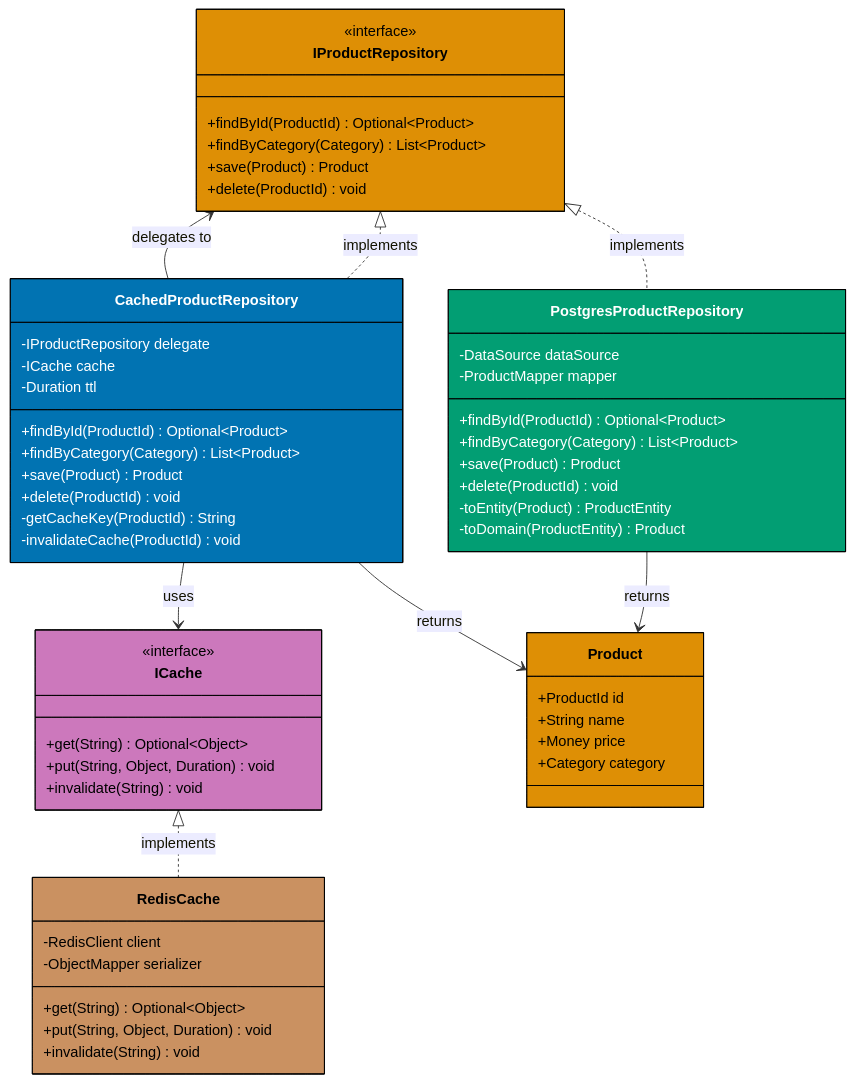
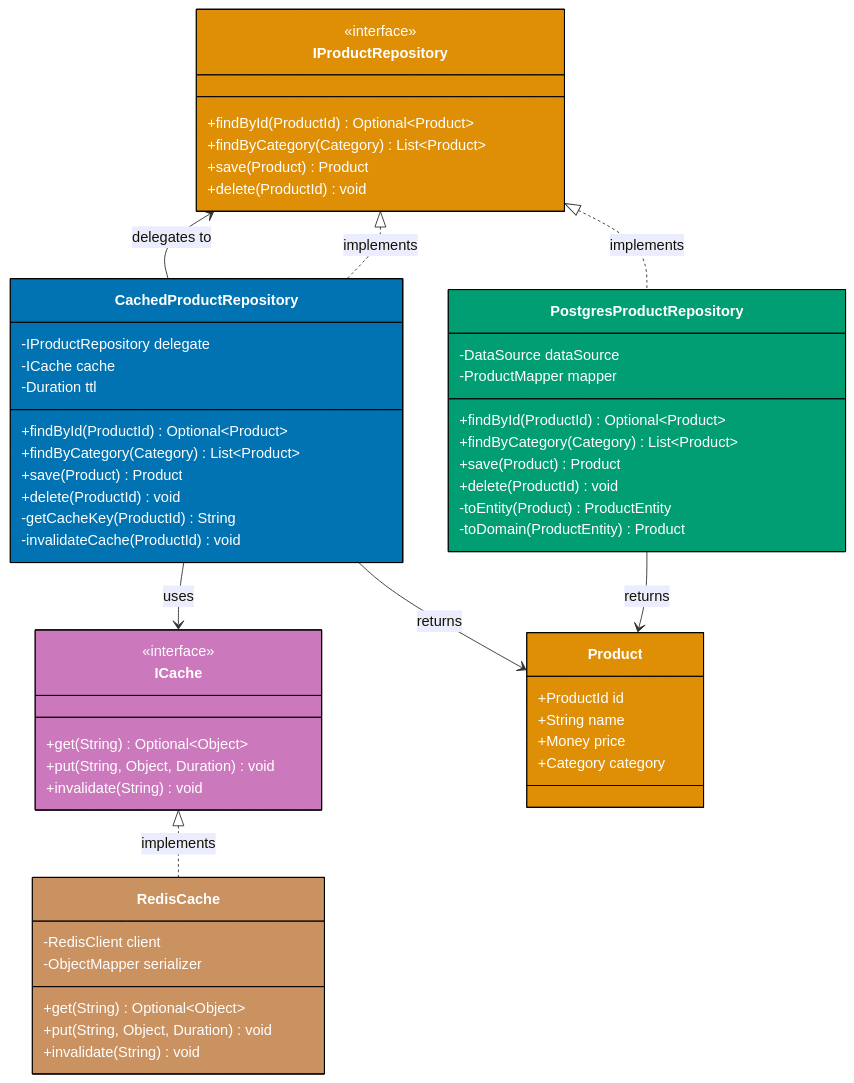
Before and after one commit to wahidyankf/open-sharia-enterprise: the third of 24 diagrams in apps/ayokoding-web/content/en/learn/software-engineering/architecture/c4-architecture-model/by-example/advanced.md, drawn with Mermaid. The commit also changed other lines of this file and 61 other files, not shown here.

First line of the commit message:
fix(ayokoding-web): quote Mermaid node labels with special characters in Example 63

````diff
--- a/apps/ayokoding-web/content/en/learn/software-engineering/architecture/c4-architecture-model/by-example/advanced.md
+++ b/apps/ayokoding-web/content/en/learn/software-engineering/architecture/c4-architecture-model/by-example/advanced.md
@@ -174,70 +174,70 @@
 ```mermaid
 classDiagram
     class IProductRepository {
         <<interface>>
         +findById(ProductId) Optional~Product~
         +findByCategory(Category) List~Product~
         +save(Product) Product
         +delete(ProductId) void
     }
 
     class CachedProductRepository {
         -IProductRepository delegate
         -ICache cache
         -Duration ttl
         +findById(ProductId) Optional~Product~
         +findByCategory(Category) List~Product~
         +save(Product) Product
         +delete(ProductId) void
         -getCacheKey(ProductId) String
         -invalidateCache(ProductId) void
     }
 
     class PostgresProductRepository {
         -DataSource dataSource
         -ProductMapper mapper
         +findById(ProductId) Optional~Product~
         +findByCategory(Category) List~Product~
         +save(Product) Product
         +delete(ProductId) void
         -toEntity(Product) ProductEntity
         -toDomain(ProductEntity) Product
     }
 
     class ICache {
         <<interface>>
         +get(String) Optional~Object~
         +put(String, Object, Duration) void
         +invalidate(String) void
     }
 
     class RedisCache {
         -RedisClient client
         -ObjectMapper serializer
         +get(String) Optional~Object~
         +put(String, Object, Duration) void
         +invalidate(String) void
     }
 
     class Product {
         +ProductId id
         +String name
         +Money price
         +Category category
     }
 
     IProductRepository <|.. CachedProductRepository : implements
     IProductRepository <|.. PostgresProductRepository : implements
     CachedProductRepository --> IProductRepository : delegates to
     CachedProductRepository --> ICache : uses
     ICache <|.. RedisCache : implements
     PostgresProductRepository --> Product : returns
     CachedProductRepository --> Product : returns
 
-    style IProductRepository fill:#DE8F05,stroke:#000,color:#000
+    style IProductRepository fill:#DE8F05,stroke:#000,color:#fff
     style CachedProductRepository fill:#0173B2,stroke:#000,color:#fff
     style PostgresProductRepository fill:#029E73,stroke:#000,color:#fff
-    style ICache fill:#CC78BC,stroke:#000,color:#000
-    style RedisCache fill:#CA9161,stroke:#000,color:#000
-    style Product fill:#DE8F05,stroke:#000,color:#000
+    style ICache fill:#CC78BC,stroke:#000,color:#fff
+    style RedisCache fill:#CA9161,stroke:#000,color:#fff
+    style Product fill:#DE8F05,stroke:#000,color:#fff
 ```
````
